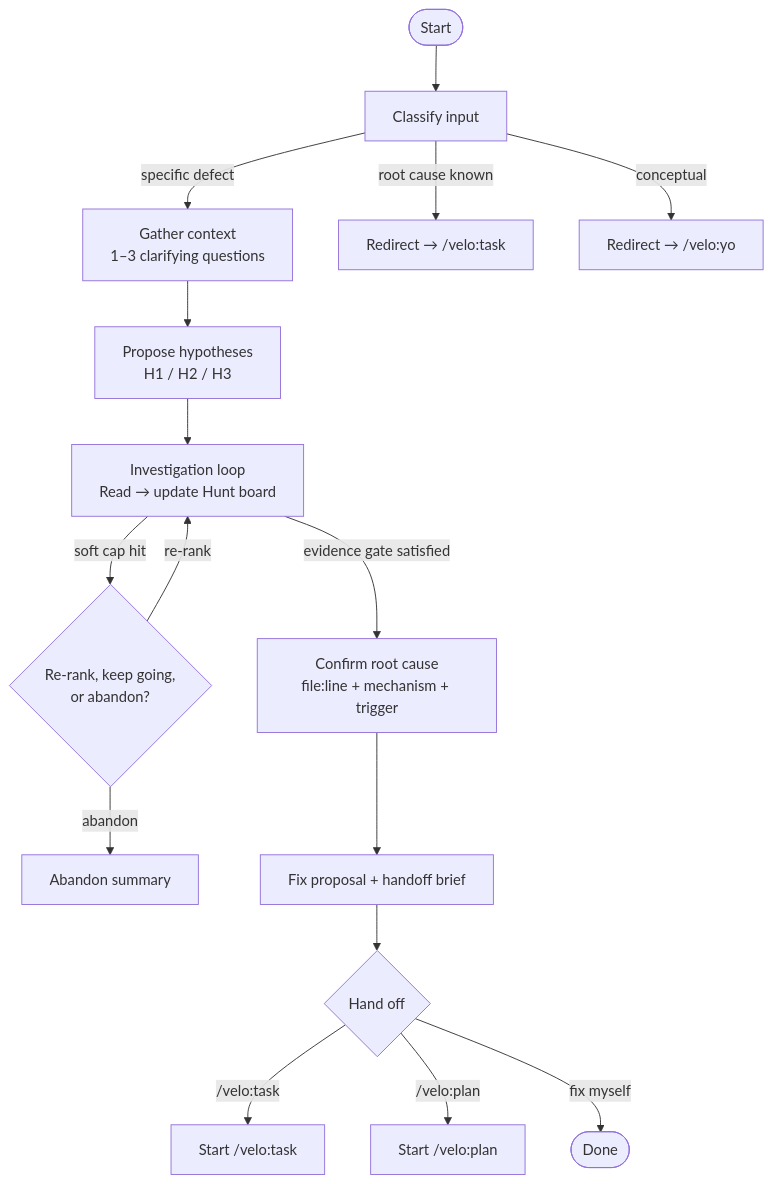
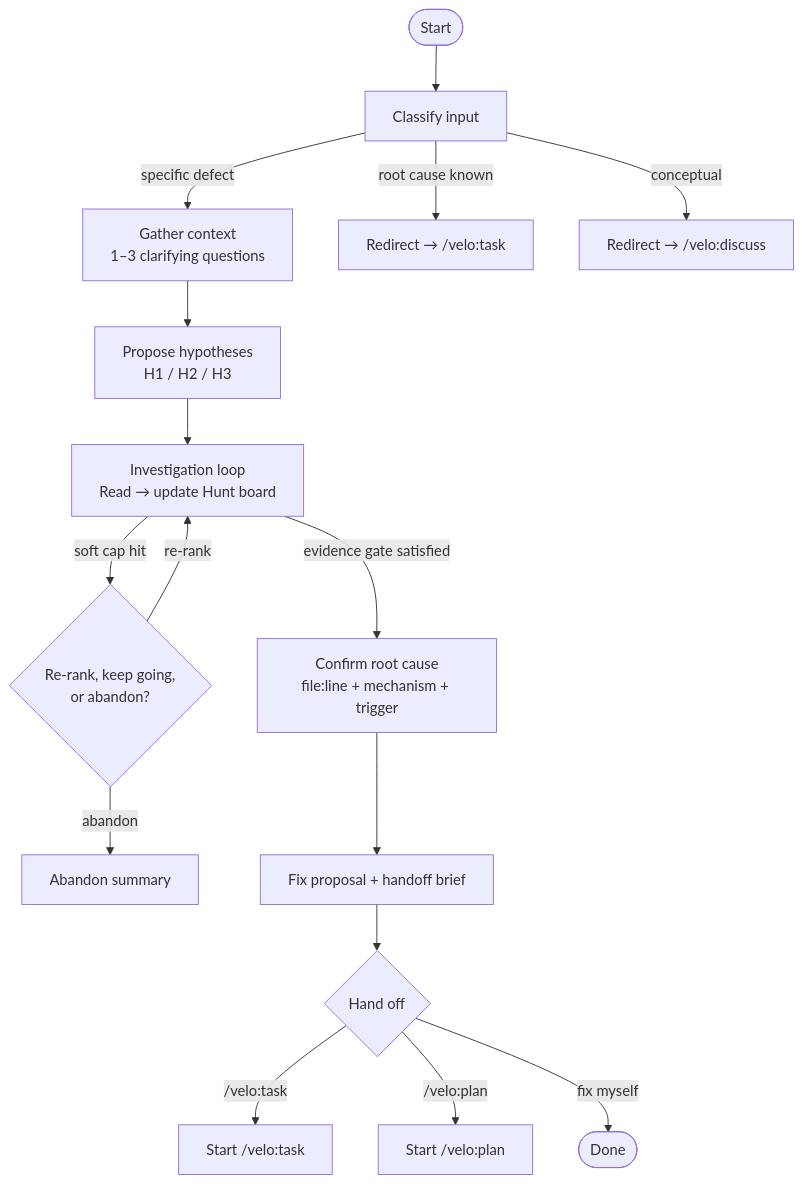
Before and after one commit to rajasekarm/velo: the fifth of 5 diagrams in WORKFLOW.md, drawn with Mermaid. The commit also changed other lines of this file and 21 other files, not shown here.

First line of the commit message:
feat(velo): extract advisory panel from /velo:yo into /velo:discuss

````diff
--- a/WORKFLOW.md
+++ b/WORKFLOW.md
@@ -81,18 +128,18 @@
 ```mermaid
 flowchart TD
     A([Start]) --> CL[Classify input]
     CL -->|specific defect| CTX[Gather context\n1–3 clarifying questions]
     CL -->|root cause known| TASK[Redirect → /velo:task]
-    CL -->|conceptual| YO[Redirect → /velo:yo]
+    CL -->|conceptual| DISC[Redirect → /velo:discuss]
     CTX --> HYP[Propose hypotheses\nH1 / H2 / H3]
     HYP --> LOOP[Investigation loop\nRead → update Hunt board]
     LOOP -->|soft cap hit| ASK{Re-rank, keep going,\nor abandon?}
     ASK -->|re-rank| LOOP
     ASK -->|abandon| ABANDON[Abandon summary]
     LOOP -->|evidence gate satisfied| RC[Confirm root cause\nfile:line + mechanism + trigger]
     RC --> FIX[Fix proposal + handoff brief]
     FIX --> HAND{Hand off}
     HAND -->|/velo:task| TASK2[Start /velo:task]
     HAND -->|/velo:plan| NEW[Start /velo:plan]
     HAND -->|fix myself| DONE([Done])
 ```
````
